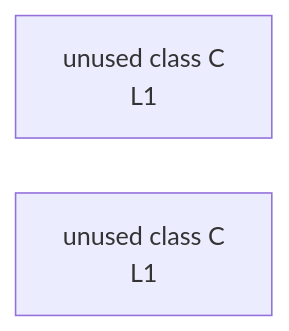
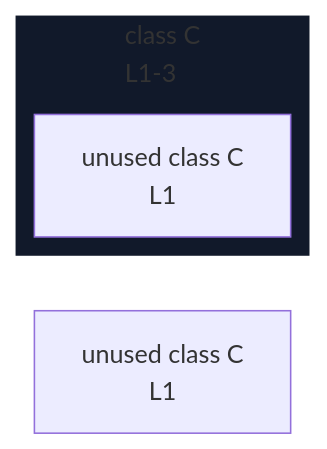
Before and after one commit to crescware/unsnarl: the diagram in integration/fixtures/app-behavior/ast-type-coverage/ts-abstract-accessor-property/preview.md, drawn with Mermaid. The commit also changed 103 other files, not shown here.

````diff
--- a/integration/fixtures/app-behavior/ast-type-coverage/ts-abstract-accessor-property/preview.md
+++ b/integration/fixtures/app-behavior/ast-type-coverage/ts-abstract-accessor-property/preview.md
@@ -13,6 +13,11 @@
 ```mermaid
 %%{init: {"flowchart": {"defaultRenderer": "elk"}}}%%
 flowchart RL
   n_scope_0_C_15["unused class C<br/>L1"]
-  n_scope_1_C_15["unused class C<br/>L1"]
+  subgraph s_scope_1["class C<br/>L1-3"]
+    direction RL
+    n_scope_1_C_15["unused class C<br/>L1"]
+  end
+  classDef nestL1 fill:#11192a,stroke:transparent;
+  class s_scope_1 nestL1;
 ```
````
